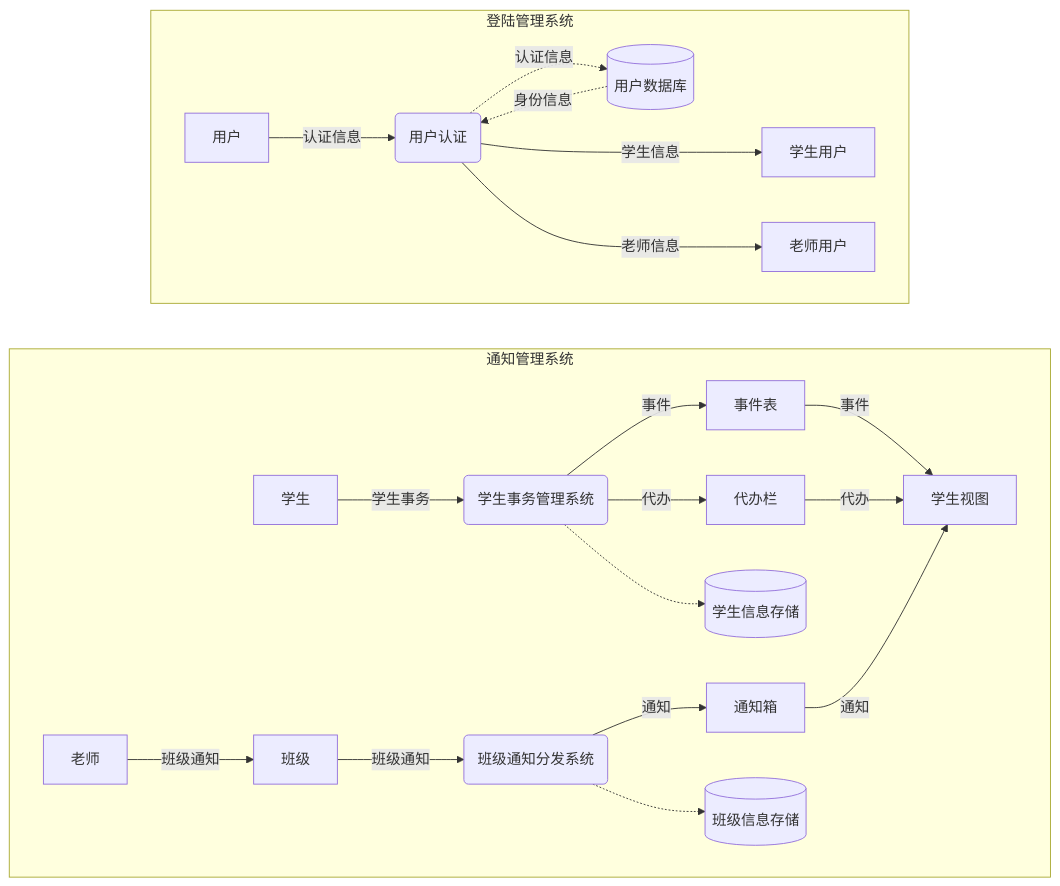
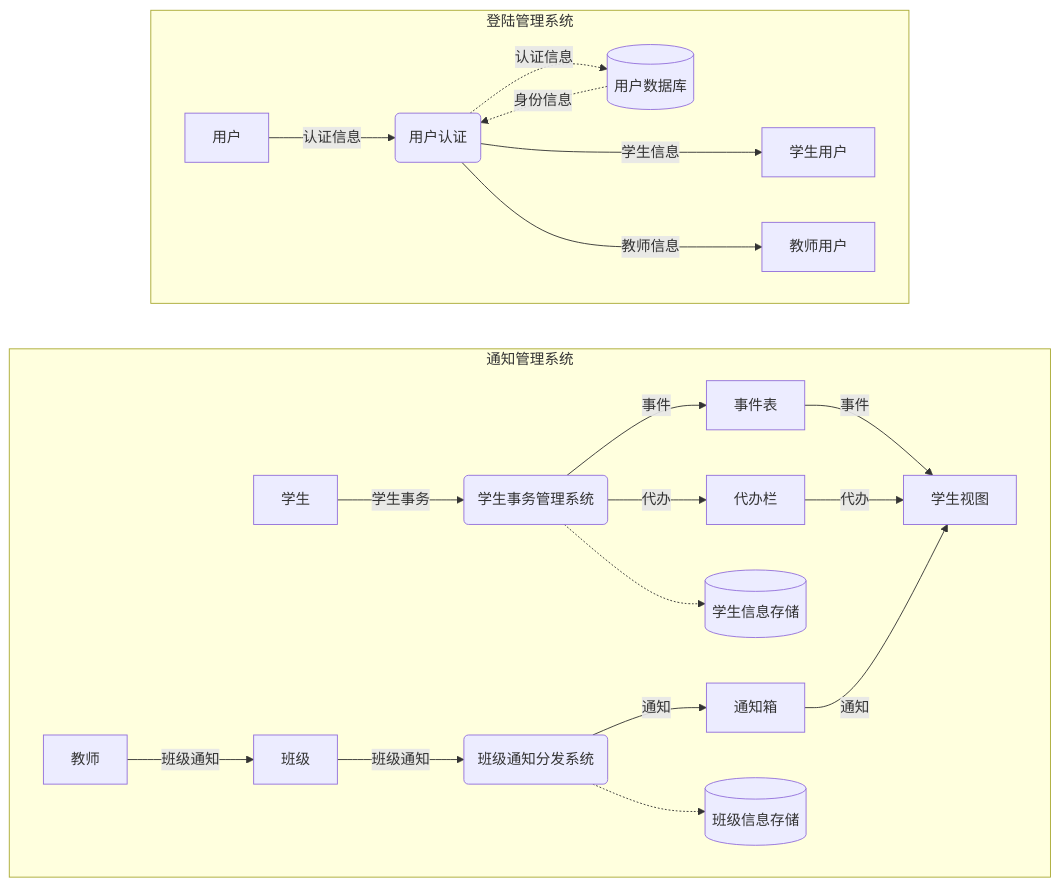
Before and after one commit to Group-Lynx/grid: the diagram in doc/need-anal/func-lv2.mmd, drawn with Mermaid. The commit also changed 5 other files, not shown here.

```diff
--- a/doc/need-anal/func-lv2.mmd
+++ b/doc/need-anal/func-lv2.mmd
@@ -1,48 +1,50 @@
 flowchart LR
     subgraph InfoSys["通知管理系统"]
         direction LR
 
         Student["学生"]
-        Teacher["老师"]
+        Teacher["教师"]
         Class["班级"]
         StudentView["学生视图"]
         EventView["事件表"]
         TodoView["代办栏"]
         MsgView["通知箱"]
         EventDistribute("班级通知分发系统")
         EventCenter("学生事务管理系统")
         StudentDB[("学生信息存储")]
         ClassDB[("班级信息存储")]
 
         Student -->|"学生事务"| EventCenter
         EventCenter -->|"事件"| EventView
         EventCenter -->|"代办"| TodoView
 
         Teacher -->|"班级通知"| Class -->|"班级通知"| EventDistribute -->|"通知"| MsgView
 
         EventView -->|"事件"| StudentView
         TodoView -->|"代办"| StudentView
         MsgView -->|"通知"| StudentView
 
         EventCenter -.-> StudentDB
         EventDistribute -.-> ClassDB
 
     end
 
     subgraph LoginSys["登陆管理系统"]
         direction LR
 
+        
         User["用户"]
         Auth("用户认证")
         StuUser["学生用户"]
-        TchUser["老师用户"]
+        TchUser["教师用户"]
 
         UserDB[("用户数据库")]
 
         User -->|"认证信息"| Auth
         Auth --->|"学生信息"| StuUser
-        Auth --->|"老师信息"| TchUser
+        Auth --->|"教师信息"| TchUser
 
         Auth -.->|"认证信息"| UserDB
         UserDB -.->|"身份信息"| Auth
+
     end
```
